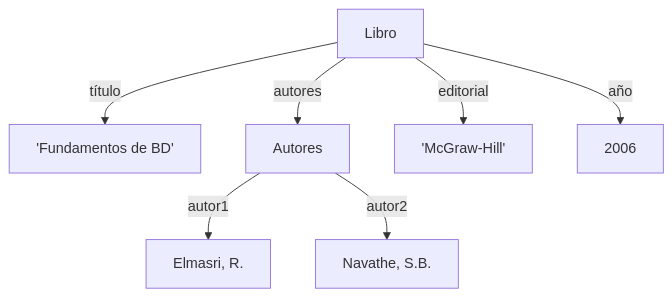
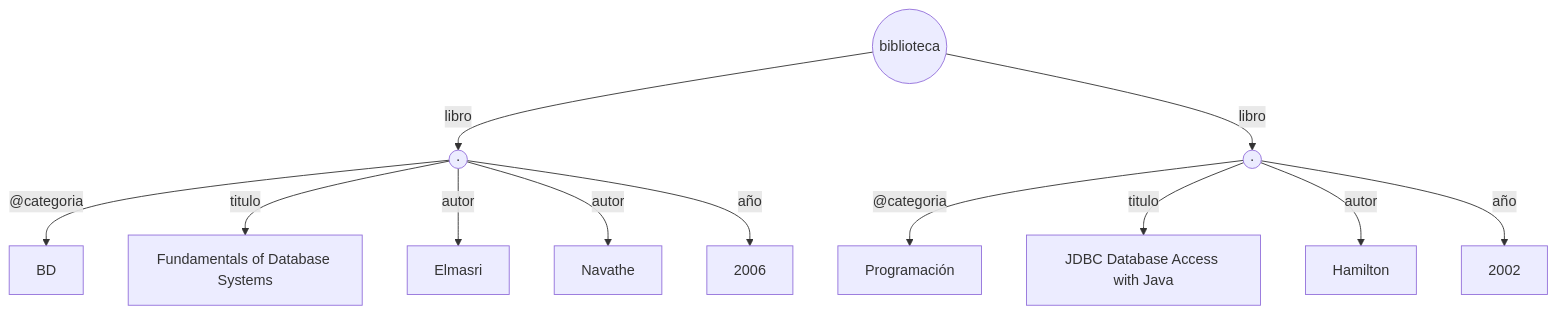
The diagram in public/documents/semester-5/3/5323.md (djaimej/computer-science-template), drawn with Mermaid before and after one commit. The commit also changed other lines of this file and 2 other files, not shown here.

First line of the commit message:
Semestre 5: revisión de Fundamentos de Bases de Datos, tema 2

````diff
--- a/public/documents/semester-5/3/5323.md
+++ b/public/documents/semester-5/3/5323.md
@@ -43,9 +15,14 @@
 ```mermaid
-graph TD
-    A[Libro] -->|título| B["'Fundamentos de BD'"]
-    A -->|autores| C[Autores]
-    A -->|editorial| D["'McGraw-Hill'"]
-    A -->|año| E["2006"]
-    C -->|autor1| F["Elmasri, R."]
-    C -->|autor2| G["Navathe, S.B."]
+flowchart TD
+    B(("biblioteca")) -->|libro| L1(("·"))
+    B -->|libro| L2(("·"))
+    L1 -->|"@categoria"| C1["BD"]
+    L1 -->|titulo| T1["Fundamentals of Database Systems"]
+    L1 -->|autor| A1["Elmasri"]
+    L1 -->|autor| A2["Navathe"]
+    L1 -->|año| Y1["2006"]
+    L2 -->|"@categoria"| C2["Programación"]
+    L2 -->|titulo| T2["JDBC Database Access with Java"]
+    L2 -->|autor| A3["Hamilton"]
+    L2 -->|año| Y2["2002"]
 ```
````
